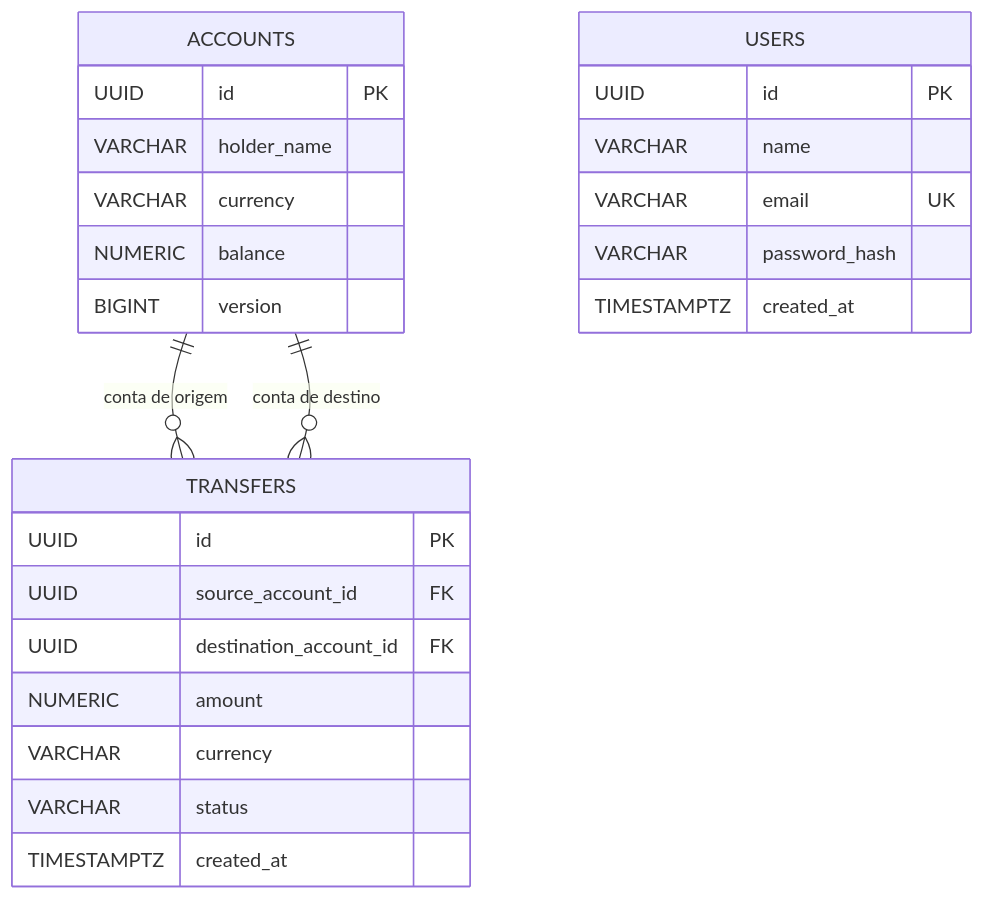
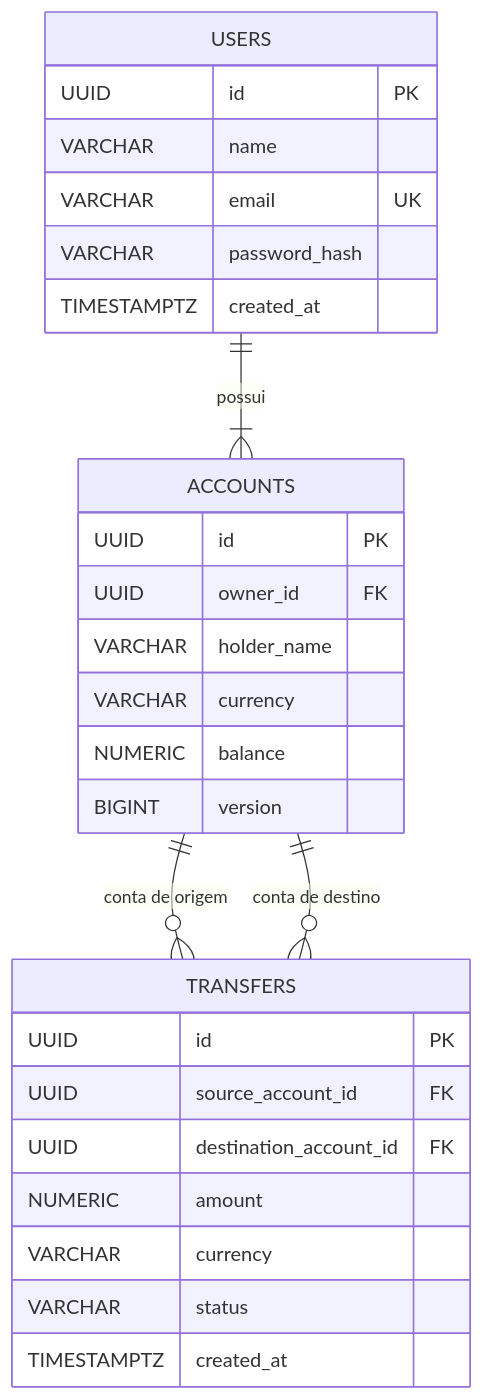
The second of 3 diagrams in docs/domain-model.md (WilliamRochaJR/pay-flow), drawn with Mermaid before and after one commit. The commit also changed other lines of this file and 35 other files, not shown here.

````diff
--- a/docs/domain-model.md
+++ b/docs/domain-model.md
@@ -134,31 +136,33 @@
 ```mermaid
 erDiagram
+    USERS ||--|{ ACCOUNTS : possui
     ACCOUNTS ||--o{ TRANSFERS : "conta de origem"
     ACCOUNTS ||--o{ TRANSFERS : "conta de destino"
 
     ACCOUNTS {
         UUID id PK
+        UUID owner_id FK
         VARCHAR holder_name
         VARCHAR currency
         NUMERIC balance
         BIGINT version
     }
 
     USERS {
         UUID id PK
         VARCHAR name
         VARCHAR email UK
         VARCHAR password_hash
         TIMESTAMPTZ created_at
     }
 
     TRANSFERS {
         UUID id PK
         UUID source_account_id FK
         UUID destination_account_id FK
         NUMERIC amount
         VARCHAR currency
         VARCHAR status
         TIMESTAMPTZ created_at
     }
 ```
````
